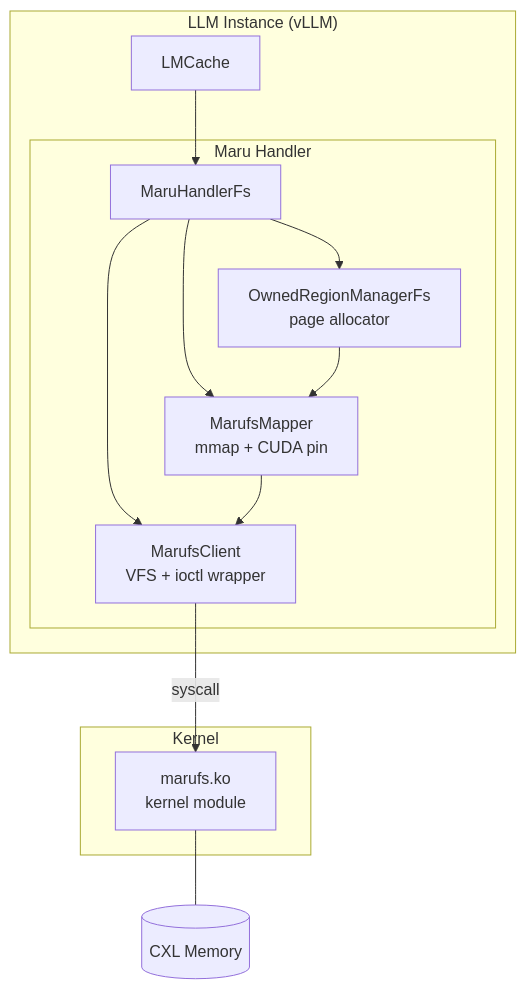
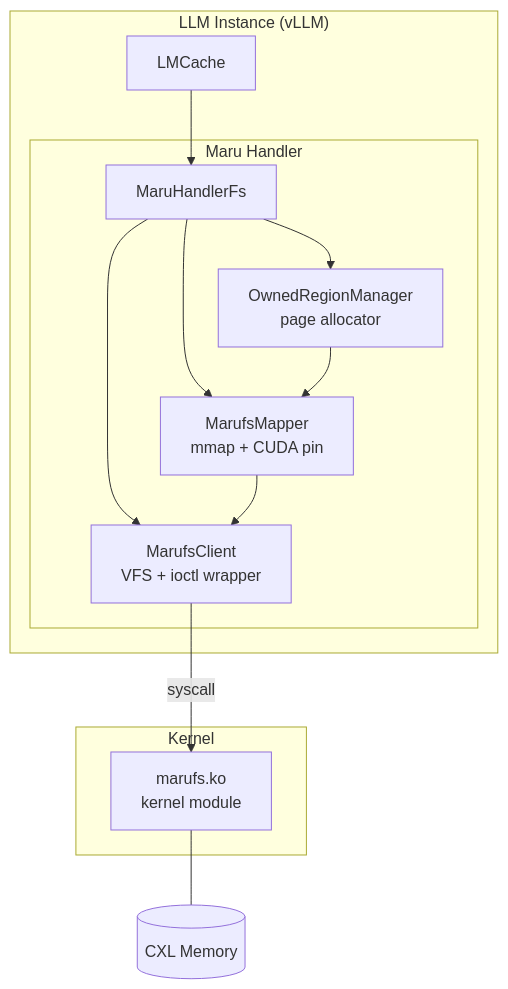
Before and after one commit to xcena-dev/maru: the eighth of 9 diagrams in docs/source/design_doc/maru_fs.md, drawn with Mermaid. The commit also changed other lines of this file and 10 other files, not shown here.

First line of the commit message:
refactor: unify OwnedRegionManager for both RPC and FS modes

````diff
--- a/docs/source/design_doc/maru_fs.md
+++ b/docs/source/design_doc/maru_fs.md
@@ -291,27 +291,27 @@
 ```mermaid
 graph TB
     subgraph "LLM Instance (vLLM)"
         LM[LMCache]
         subgraph "Maru Handler"
             H[MaruHandlerFs]
-            ORM[OwnedRegionManagerFs<br/>page allocator]
+            ORM[OwnedRegionManager<br/>page allocator]
             XM[MarufsMapper<br/>mmap + CUDA pin]
             XC[MarufsClient<br/>VFS + ioctl wrapper]
         end
     end
 
     subgraph "Kernel"
         K[marufs.ko<br/>kernel module]
     end
 
     CXL[(CXL Memory)]
 
     LM --> H
     H --> ORM
     H --> XM
     H --> XC
     ORM --> XM
     XM --> XC
     XC -->|syscall| K
     K --- CXL
 ```
````
